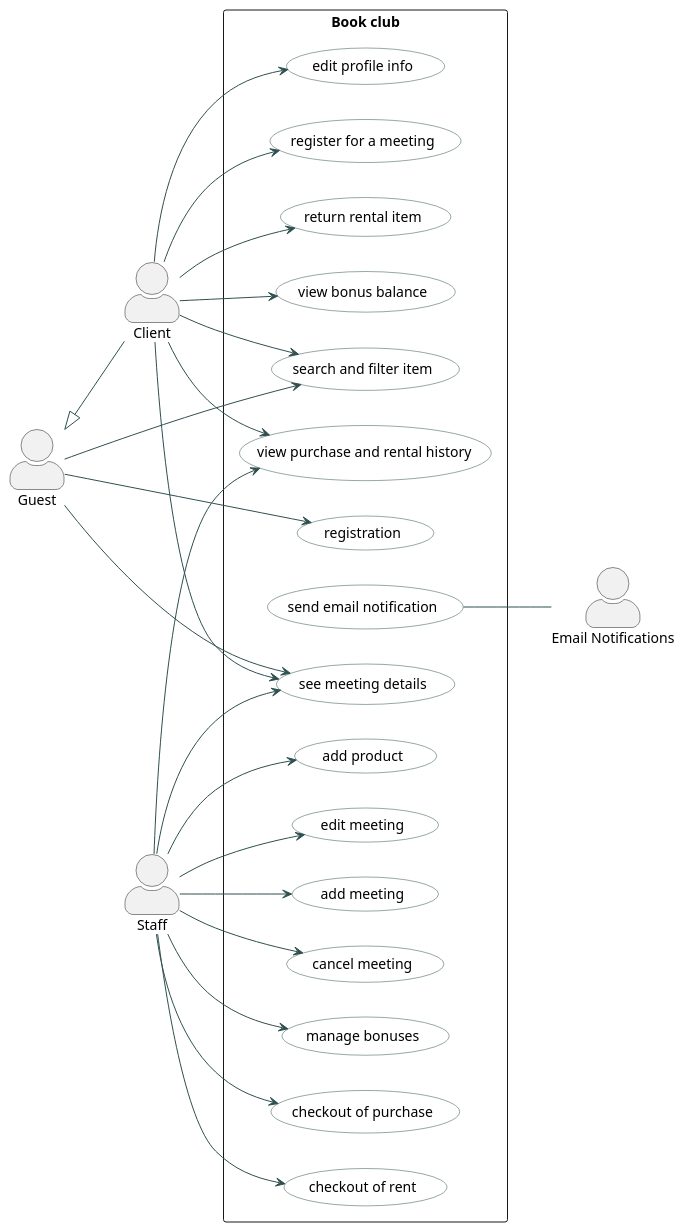
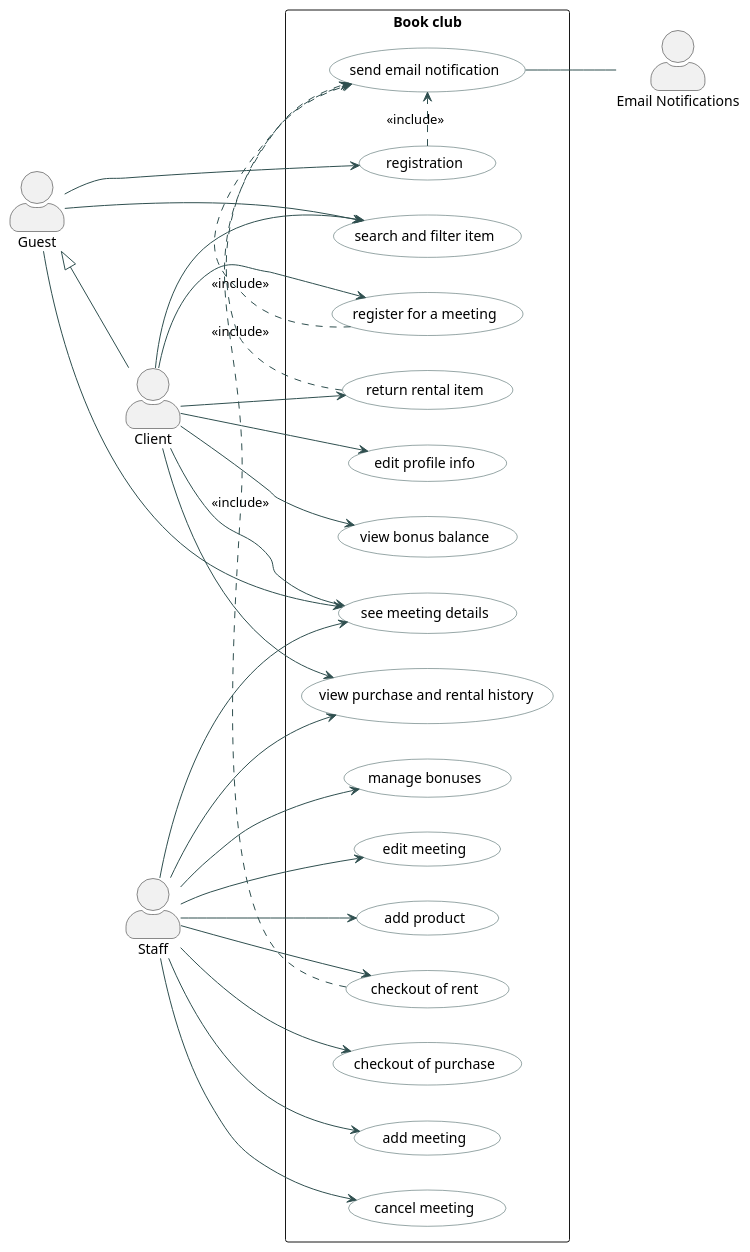
Before and after one commit to sofiakiosova37-boop/bookshop_kpi2: the diagram in task2/usecase.puml, drawn with PlantUML.

Commit message:
Usecase edited +  finished

```diff
--- a/task2/usecase.puml
+++ b/task2/usecase.puml
@@ -1,61 +1,66 @@
 @startuml
 left to right direction
 skinparam packageStyle rectangle
 skinparam actorStyle awesome
 skinparam usecase {
     BackgroundColor LightPurple
     BorderColor DarkSlateGray
     ArrowColor DarkSlateGray
 }
 
 actor "Guest" as Guest
 actor "Client" as Client
 actor "Staff" as Staff
 actor "Email Notifications" as EN
 
 Guest <|-- Client
 
 rectangle "Book club" {
     usecase "registration" as UC1
     usecase "checkout of purchase" as UC2
     usecase "checkout of rent" as UC3
     usecase "search and filter item" as UC4
     usecase "see meeting details" as UC5
     usecase "add meeting" as UC6
     usecase "cancel meeting" as UC7
     usecase "send email notification" as UC8
     usecase "manage bonuses" as UC9
     usecase "edit profile info" as UC10
     usecase "edit meeting" as UC11
     usecase "view purchase and rental history" as UC12
     usecase "register for a meeting" as UC13
     usecase "return rental item" as UC14
     usecase "add product" as UC15
     usecase "view bonus balance" as UC16
 }
 
 Guest --> UC1
 Guest --> UC4
 Guest --> UC5
 
 Client -->UC4
 Client -->UC5
 Client -->UC10
 Client -->UC12
 Client -->UC13
 Client -->UC14
 Client -->UC16
 
 Staff --> UC2
 Staff --> UC3
 Staff --> UC5
 Staff --> UC6
 Staff --> UC7
 Staff --> UC9
 Staff --> UC11
 Staff --> UC12
 Staff --> UC15
 
 UC8 --EN
 
+UC13 .> UC8 : <<include>>
+UC1 .> UC8 : <<include>>
+UC3 .> UC8 : <<include>>
+UC14 .> UC8 : <<include>>
+
 @enduml
```
